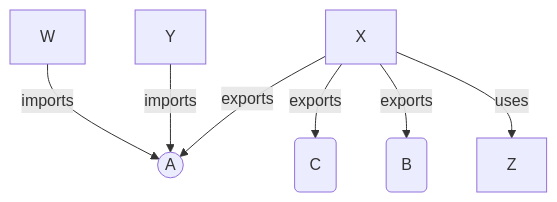
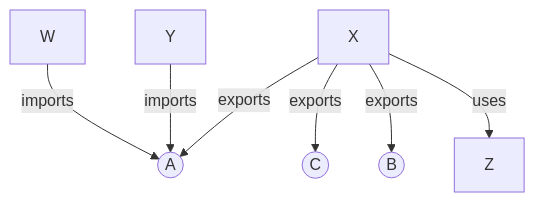
One commit to maglocvnus/data changed the diagram in m/modularisation.md. Above: the diagram before and after it, drawn with Mermaid.

Commit message:
Change b and c to use parentheses notation

````diff
--- a/m/modularisation.md
+++ b/m/modularisation.md
@@ -13,17 +13,17 @@
 ```mermaid
 graph TD
   x[X]
   y[Y]
   z[Z]
   w[W]
   a((A))
-  b(B)
-  c(C)
+  b((B))
+  c((C))
   x -- uses --> z
   w -- imports --> a
   y -- imports --> a
   x -- exports --> a
   x -- exports --> b
   x -- exports --> c
 
 ```
````
